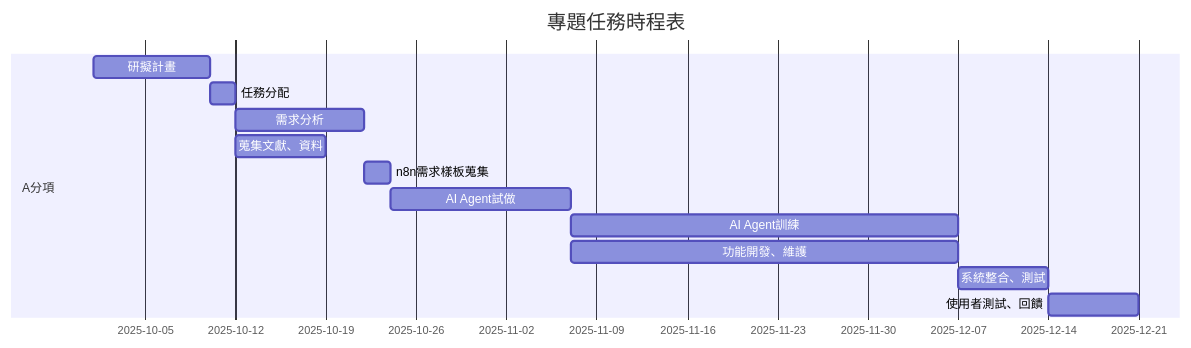
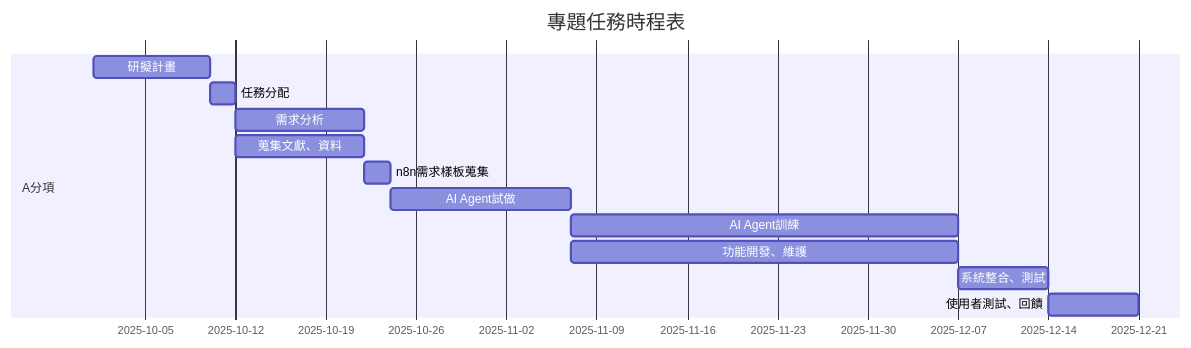
Before and after one commit to zombie942018/groupwork: the first of 2 diagrams in GHW_2.md, drawn with Mermaid. The commit also changed other lines of this file, not shown here.

````diff
--- a/GHW_2.md
+++ b/GHW_2.md
@@ -13,18 +13,18 @@
 ```mermaid
 gantt
 dateFormat  YYYY-MM-DD
 title 專題任務時程表
 excludes weekdays 
 
 section A分項
 研擬計畫   :         des1, 2025-10-01,2025-10-10
 任務分配   :         des2, after des1, 2d
 需求分析   :         des3, after des2, 10d
-蒐集文獻、資料   :         des4, after des2, 7d
+蒐集文獻、資料   :         des4, after des2, 10d
 n8n需求樣板蒐集   :         des5, after des3, 2d
 AI Agent試做   :         des6, after des4 des5, 14d
 AI Agent訓練   :      des7, after des6, 30d
 功能開發、維護   :         des8, after des6, 30d
 系統整合、測試   :         des9, after des7 des8, 7d
 使用者測試、回饋   :       des10, after des9, 7d
 ```
````
